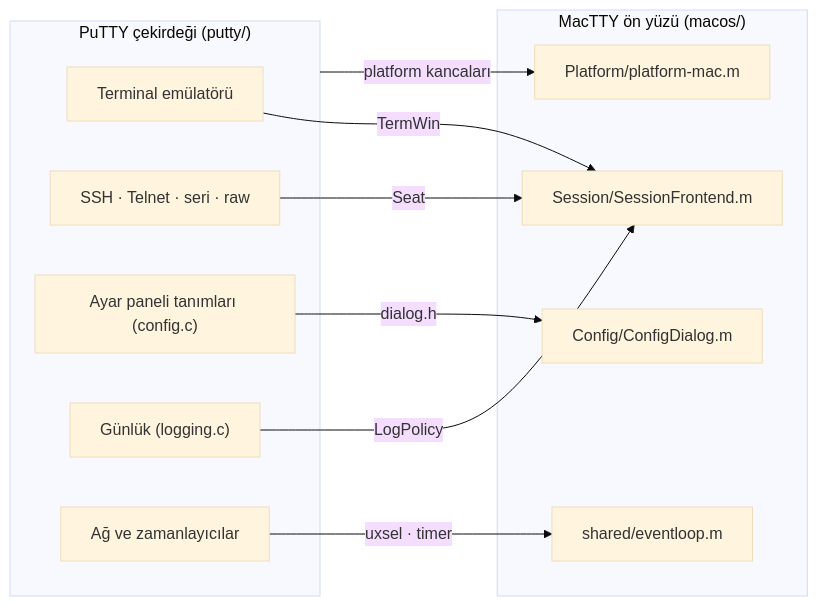
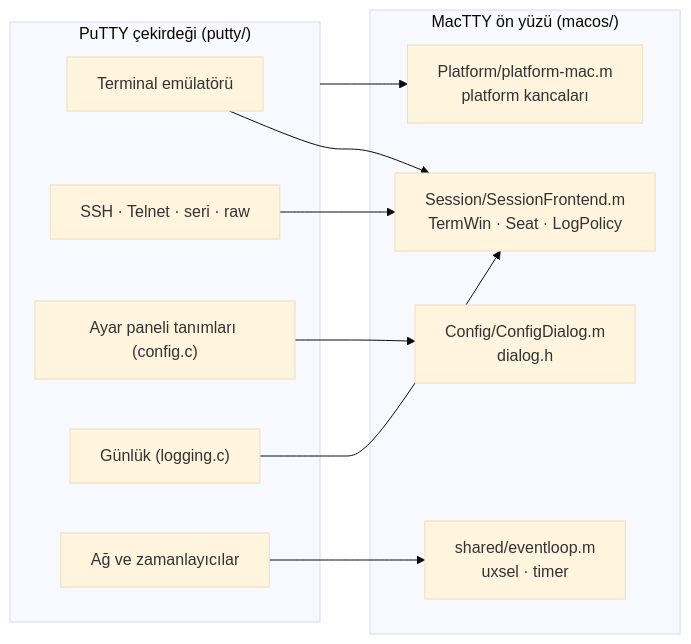
Before and after one commit to tallat1/MacTTY: the first of 3 diagrams in docs/ARCHITECTURE.md, drawn with Mermaid (base theme).

Commit message:
ARCHITECTURE.md: interface names inside the boxes, not on converging edges

````diff
--- a/docs/ARCHITECTURE.md
+++ b/docs/ARCHITECTURE.md
@@ -17,22 +17,22 @@
 ```mermaid
 flowchart LR
     subgraph core["PuTTY çekirdeği (putty/)"]
         term["Terminal emülatörü"]
         backend["SSH · Telnet · seri · raw"]
         config["Ayar paneli tanımları (config.c)"]
         log["Günlük (logging.c)"]
         net["Ağ ve zamanlayıcılar"]
     end
     subgraph front["MacTTY ön yüzü (macos/)"]
-        sf["Session/SessionFrontend.m"]
-        cd["Config/ConfigDialog.m"]
-        el["shared/eventloop.m"]
-        pm["Platform/platform-mac.m"]
+        sf["Session/SessionFrontend.m<br/>TermWin · Seat · LogPolicy"]
+        cd["Config/ConfigDialog.m<br/>dialog.h"]
+        el["shared/eventloop.m<br/>uxsel · timer"]
+        pm["Platform/platform-mac.m<br/>platform kancaları"]
     end
-    term -- TermWin --> sf
-    backend -- Seat --> sf
-    log -- LogPolicy --> sf
-    config -- dialog.h --> cd
-    net -- "uxsel · timer" --> el
-    core -- "platform kancaları" --> pm
+    term --> sf
+    backend --> sf
+    log --> sf
+    config --> cd
+    net --> el
+    core --> pm
 ```
````
